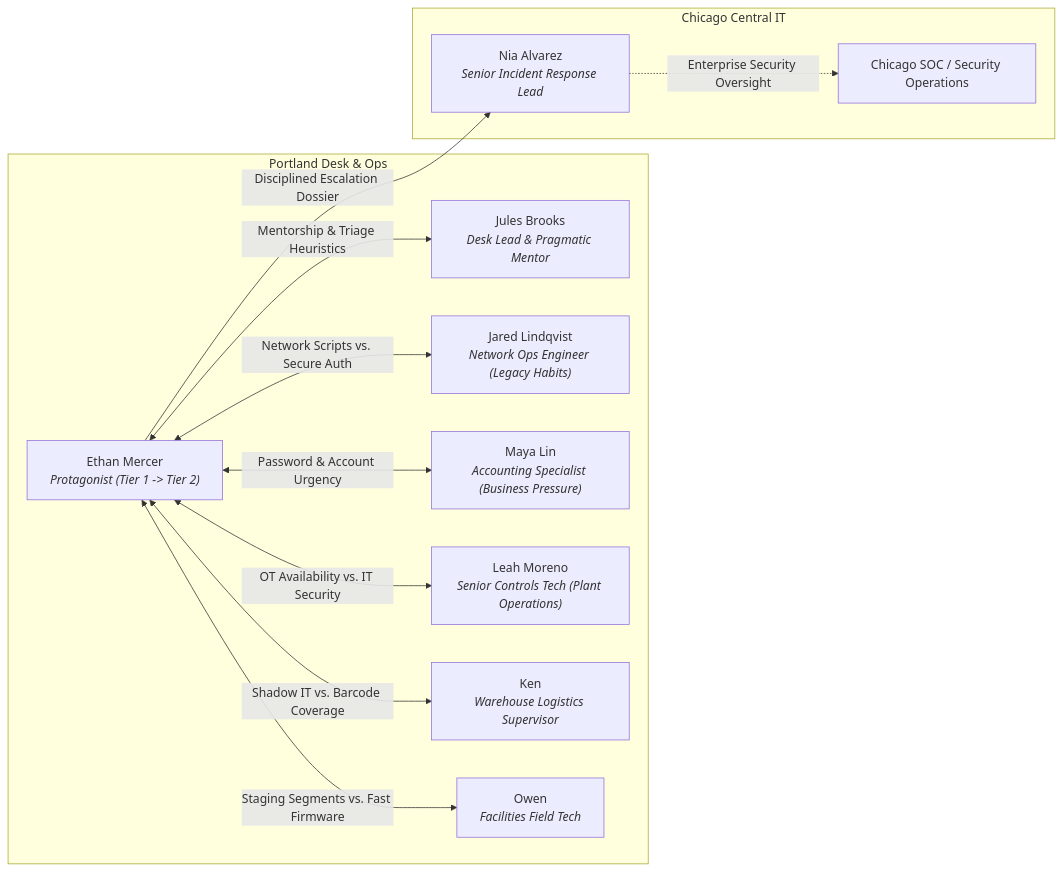
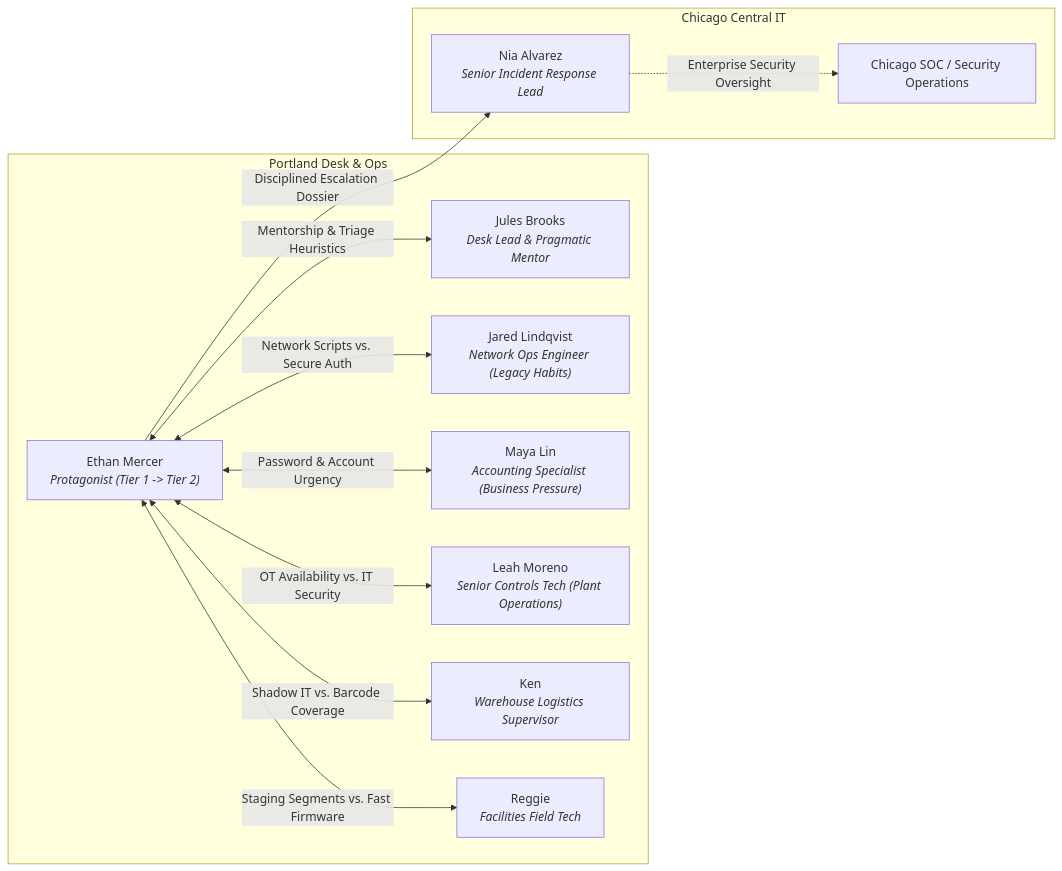
Before and after one commit to cwarloe/learning-narrative-kit: the diagram in docs/research/PORTLAND_AUTHOR_BIBLE.md, drawn with Mermaid. The commit also changed other lines of this file and 15 other files, not shown here.

````diff
--- a/docs/research/PORTLAND_AUTHOR_BIBLE.md
+++ b/docs/research/PORTLAND_AUTHOR_BIBLE.md
@@ -57,26 +57,26 @@
 ```mermaid
 graph LR
     subgraph Portland Desk & Ops
         Ethan["Ethan Mercer<br/><i>Protagonist (Tier 1 -> Tier 2)</i>"]
         Jules["Jules Brooks<br/><i>Desk Lead & Pragmatic Mentor</i>"]
         Jared["Jared Lindqvist<br/><i>Network Ops Engineer (Legacy Habits)</i>"]
         Maya["Maya Lin<br/><i>Accounting Specialist (Business Pressure)</i>"]
         Leah["Leah Moreno<br/><i>Senior Controls Tech (Plant Operations)</i>"]
         Ken["Ken<br/><i>Warehouse Logistics Supervisor</i>"]
-        Owen["Owen<br/><i>Facilities Field Tech</i>"]
+        Reggie["Reggie<br/><i>Facilities Field Tech</i>"]
     end
 
     subgraph Chicago Central IT
         Nia["Nia Alvarez<br/><i>Senior Incident Response Lead</i>"]
         CentralSOC["Chicago SOC / Security Operations"]
     end
 
     Ethan <-->|Mentorship & Triage Heuristics| Jules
     Ethan <-->|Network Scripts vs. Secure Auth| Jared
     Ethan <-->|Password & Account Urgency| Maya
     Ethan <-->|OT Availability vs. IT Security| Leah
     Ethan <-->|Shadow IT vs. Barcode Coverage| Ken
-    Ethan <-->|Staging Segments vs. Fast Firmware| Owen
+    Ethan <-->|Staging Segments vs. Fast Firmware| Reggie
     Ethan -->|Disciplined Escalation Dossier| Nia
     Nia -.->|Enterprise Security Oversight| CentralSOC
 ```
````
